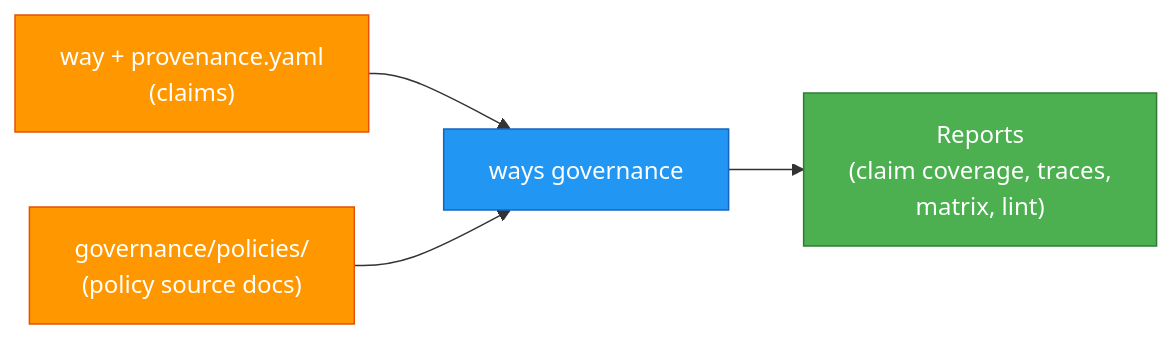
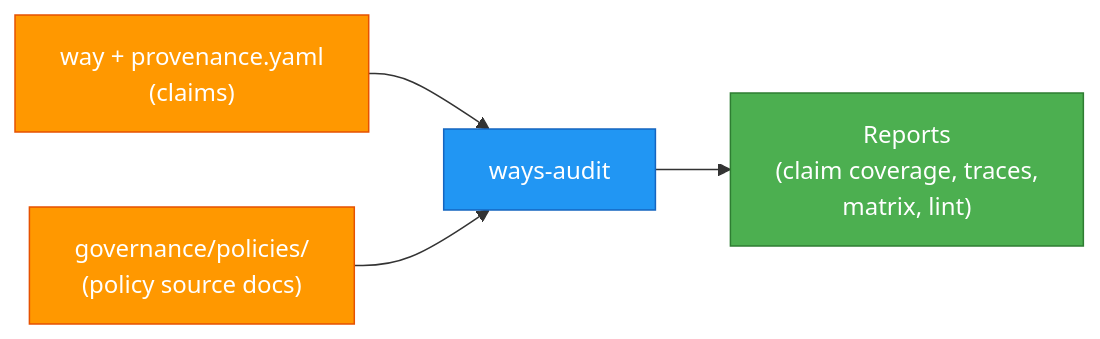
One commit to aaronsb/agent-ways changed the diagram in docs/governance.md. Above: the diagram before and after it, drawn with Mermaid. The commit also changed other lines of this file and 32 other files, not shown here.

First line of the commit message:
feat(tools): add ways-audit sibling binary; shed compliance from core ways

````diff
--- a/docs/governance.md
+++ b/docs/governance.md
@@ -102,15 +103,15 @@
 ```mermaid
 flowchart LR
     classDef tool fill:#2196F3,stroke:#1565C0,color:#fff
     classDef data fill:#FF9800,stroke:#E65100,color:#fff
     classDef output fill:#4CAF50,stroke:#2E7D32,color:#fff
 
     W["way + provenance.yaml<br/>(claims)"]:::data
     P["governance/policies/<br/>(policy source docs)"]:::data
-    CLI["ways governance"]:::tool
+    CLI["ways-audit"]:::tool
     R["Reports<br/>(claim coverage, traces,<br/>matrix, lint)"]:::output
 
     W --> CLI
     P --> CLI
     CLI --> R
 ```
````
